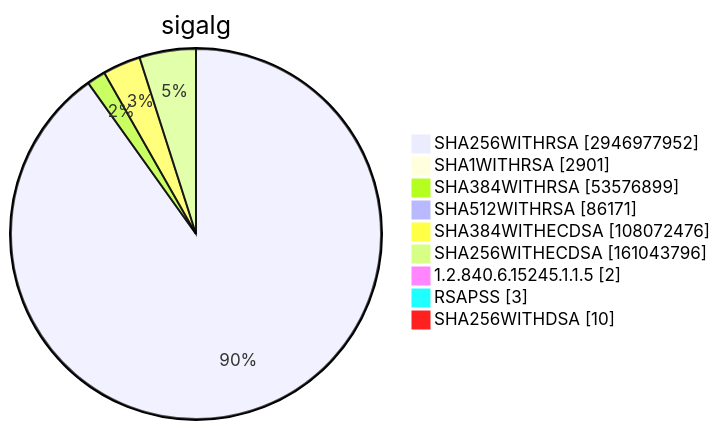
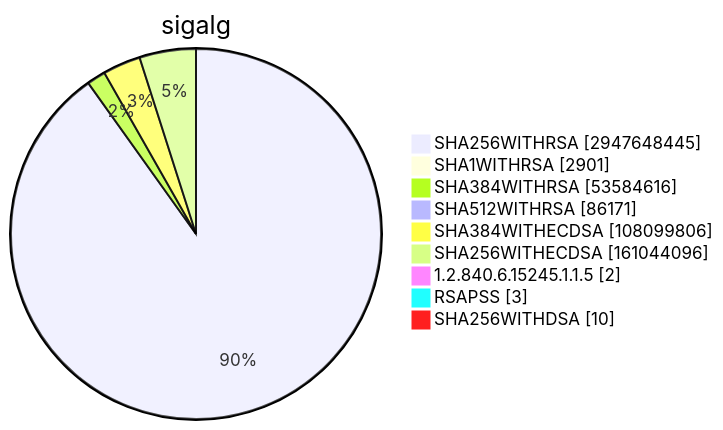
Before and after one commit to christiankrug/ctmonitor_visualization: diagram 15 of 15 in TOTAL/README.md, drawn with Mermaid. The commit also changed other lines of this file, not shown here.

````diff
--- a/TOTAL/README.md
+++ b/TOTAL/README.md
@@ -6207,13 +6207,13 @@
 ```mermaid
 pie showData
 title sigalg
-"SHA256WITHRSA" :2946977952
+"SHA256WITHRSA" :2947648445
 "SHA1WITHRSA" :2901
-"SHA384WITHRSA" :53576899
+"SHA384WITHRSA" :53584616
 "SHA512WITHRSA" :86171
-"SHA384WITHECDSA" :108072476
-"SHA256WITHECDSA" :161043796
+"SHA384WITHECDSA" :108099806
+"SHA256WITHECDSA" :161044096
 "1.2.840.6.15245.1.1.5" :2
 "RSAPSS" :3
 "SHA256WITHDSA" :10
 ```
````
